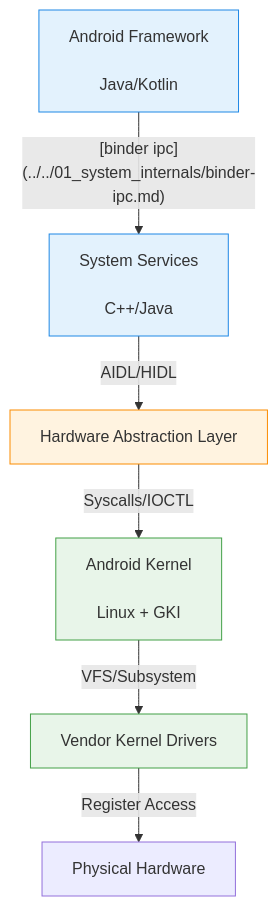
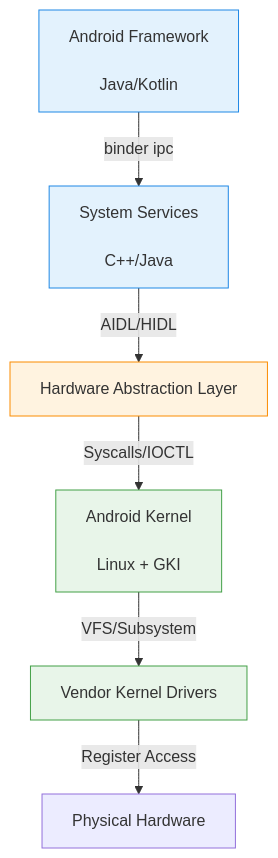
Before and after one commit to youngmin-gwon/what-i-studied: the diagram in 01_inbox/mobile/android/00_foundations/topics/A3-kernel-hal-driver.md, drawn with Mermaid. The commit also changed 68 other files, not shown here.

````diff
--- a/01_inbox/mobile/android/00_foundations/topics/A3-kernel-hal-driver.md
+++ b/01_inbox/mobile/android/00_foundations/topics/A3-kernel-hal-driver.md
@@ -19,22 +19,22 @@
 ```mermaid
 graph TD
     Framework[Android Framework<br/><br/>Java/Kotlin]
     SystemServices[System Services<br/><br/>C++/Java]
     HAL[Hardware Abstraction Layer]
     Kernel[Android Kernel<br/><br/>Linux + GKI]
     Drivers[Vendor Kernel Drivers]
     Hardware[Physical Hardware]
 
-    Framework -->|"[binder ipc](../../01_system_internals/binder-ipc.md)"| SystemServices
+    Framework -->|"binder ipc"| SystemServices
     SystemServices -->|"AIDL/HIDL"| HAL
     HAL -->|"Syscalls/IOCTL"| Kernel
     Kernel -->|"VFS/Subsystem"| Drivers
     Drivers -->|"Register Access"| Hardware
     
     classDef framework fill:#e3f2fd,stroke:#1e88e5;
     classDef hal fill:#fff3e0,stroke:#fb8c00;
     classDef kernel fill:#e8f5e9,stroke:#43a047;
     class Framework,SystemServices framework;
     class HAL hal;
     class Kernel,Drivers kernel;
 ```
````
